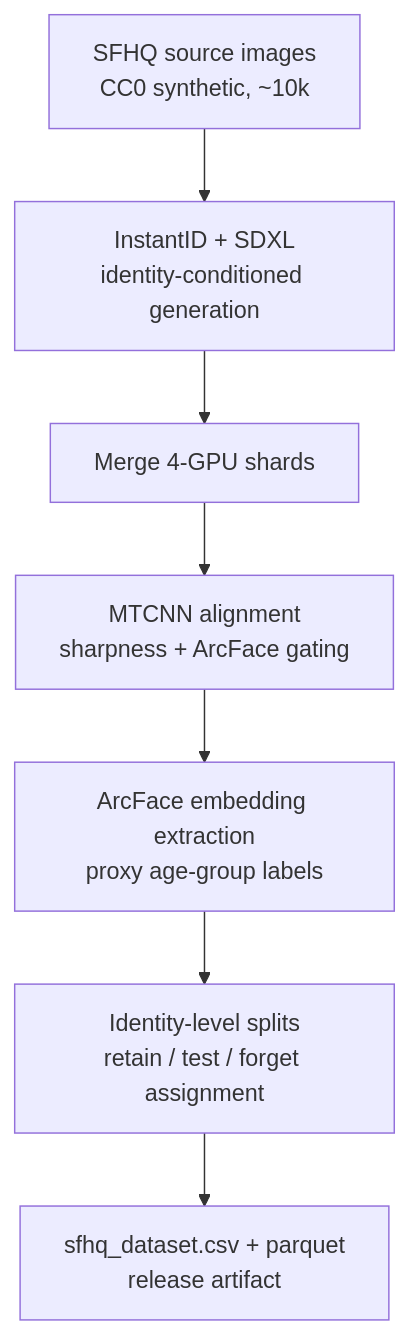
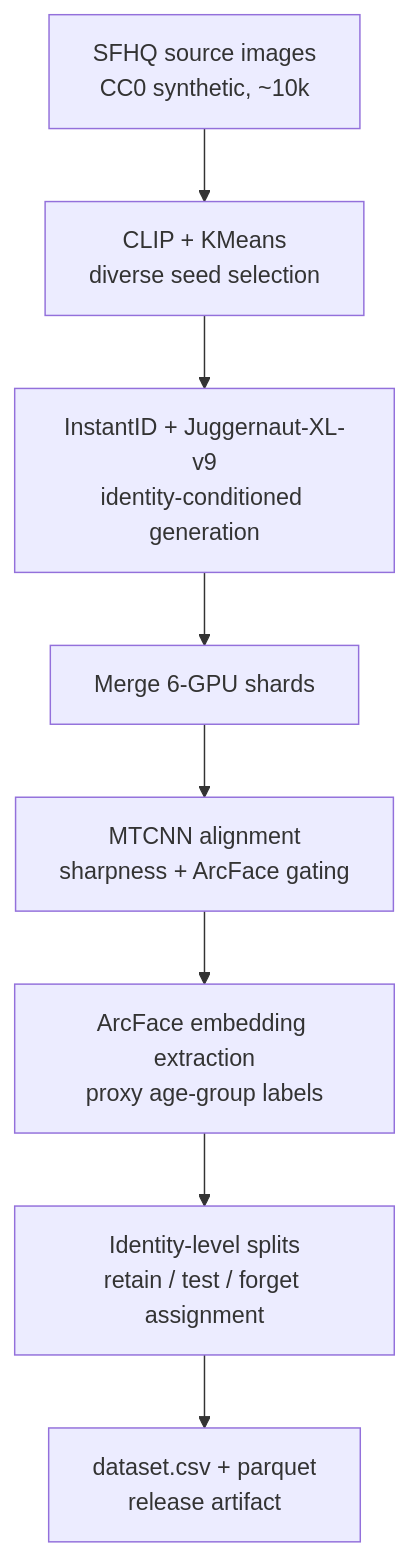
Before and after one commit to FaizPalwala/virtual-id-gen: the diagram in README.md, drawn with Mermaid. The commit also changed other lines of this file, not shown here.

First line of the commit message:
docs: full README sweep for 600 identities + Juggernaut pipeline

````diff
--- a/README.md
+++ b/README.md
@@ -52,9 +52,10 @@
 ```mermaid
 flowchart TD
-    A[SFHQ source images<br/>CC0 synthetic, ~10k] --> B[InstantID + SDXL<br/>identity-conditioned generation]
-    B --> C[Merge 4-GPU shards]
-    C --> D[MTCNN alignment<br/>sharpness + ArcFace gating]
-    D --> E[ArcFace embedding extraction<br/>proxy age-group labels]
-    E --> F[Identity-level splits<br/>retain / test / forget assignment]
-    F --> G[sfhq_dataset.csv + parquet<br/>release artifact]
+    A[SFHQ source images<br/>CC0 synthetic, ~10k] --> B[CLIP + KMeans<br/>diverse seed selection]
+    B --> C[InstantID + Juggernaut-XL-v9<br/>identity-conditioned generation]
+    C --> D[Merge 6-GPU shards]
+    D --> E[MTCNN alignment<br/>sharpness + ArcFace gating]
+    E --> F[ArcFace embedding extraction<br/>proxy age-group labels]
+    F --> G[Identity-level splits<br/>retain / test / forget assignment]
+    G --> H[dataset.csv + parquet<br/>release artifact]
 ```
````
